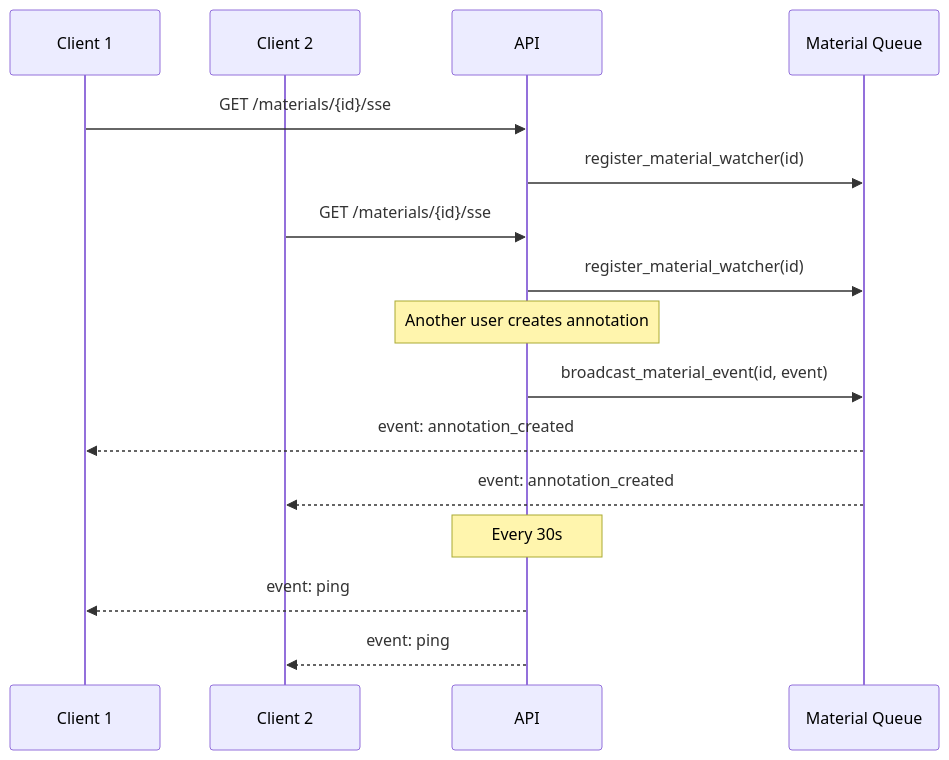
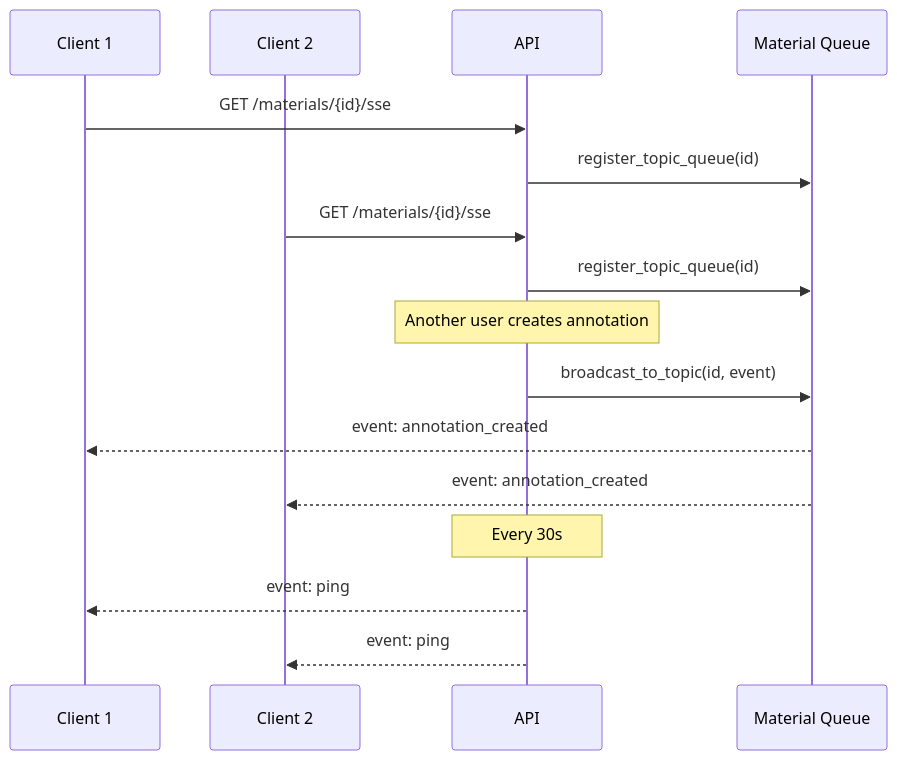
The second of 2 diagrams in docs/api/annotations.md (Theo-Darvoux/WikINT), drawn with Mermaid before and after one commit. The commit also changed other lines of this file and 164 other files, not shown here.

````diff
--- a/docs/api/annotations.md
+++ b/docs/api/annotations.md
@@ -106,22 +106,22 @@
 ```mermaid
 sequenceDiagram
     participant C1 as Client 1
     participant C2 as Client 2
     participant A as API
     participant Q as Material Queue
 
     C1->>A: GET /materials/{id}/sse
-    A->>Q: register_material_watcher(id)
+    A->>Q: register_topic_queue(id)
     C2->>A: GET /materials/{id}/sse
-    A->>Q: register_material_watcher(id)
+    A->>Q: register_topic_queue(id)
 
     Note over A: Another user creates annotation
 
-    A->>Q: broadcast_material_event(id, event)
+    A->>Q: broadcast_to_topic(id, event)
     Q-->>C1: event: annotation_created
     Q-->>C2: event: annotation_created
 
     Note over A: Every 30s
     A-->>C1: event: ping
     A-->>C2: event: ping
 ```
````
